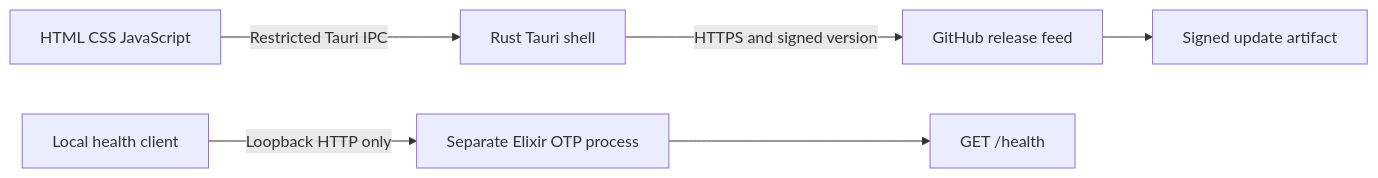
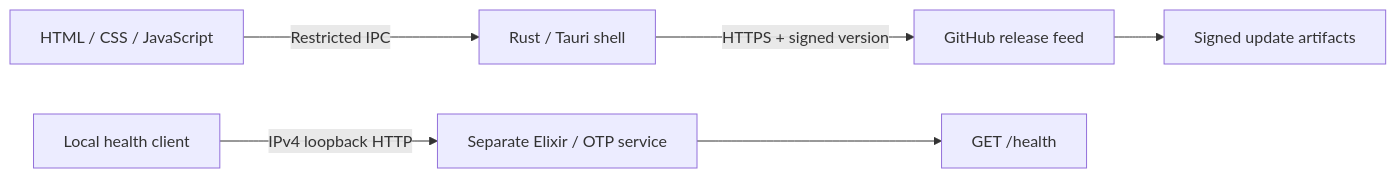
The diagram in README.md (kaua-silbershlach-parodes/tailscale-commander-elite), drawn with Mermaid before and after one commit. The commit also changed other lines of this file, not shown here.

Commit message:
docs: announce upcoming Rust verification improvements

````diff
--- a/README.md
+++ b/README.md
@@ -14,8 +51,8 @@
 ```mermaid
 flowchart LR
-  UI[HTML CSS JavaScript] -->|Restricted Tauri IPC| Shell[Rust Tauri shell]
-  Shell -->|HTTPS and signed version| Feed[GitHub release feed]
-  Feed --> Artifact[Signed update artifact]
-  Client[Local health client] -->|Loopback HTTP only| BE[Separate Elixir OTP process]
-  BE --> Health[GET /health]
+  UI["HTML / CSS / JavaScript"] -->|"Restricted IPC"| Shell["Rust / Tauri shell"]
+  Shell -->|"HTTPS + signed version"| Feed["GitHub release feed"]
+  Feed --> Artifact["Signed update artifacts"]
+  Client["Local health client"] -->|"IPv4 loopback HTTP"| OTP["Separate Elixir / OTP service"]
+  OTP --> Health["GET /health"]
 ```
````
